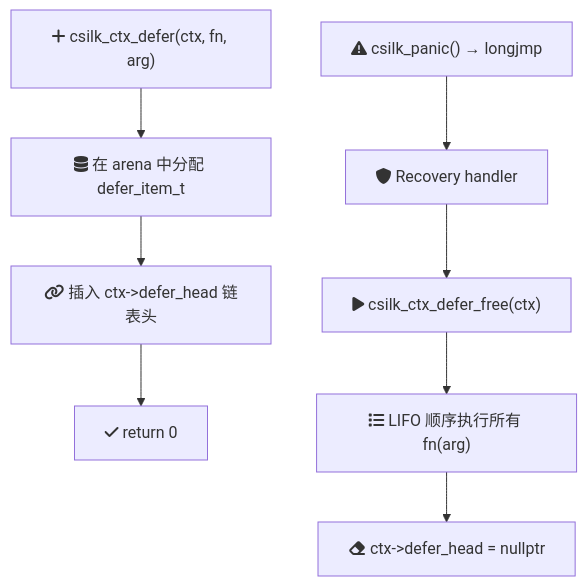
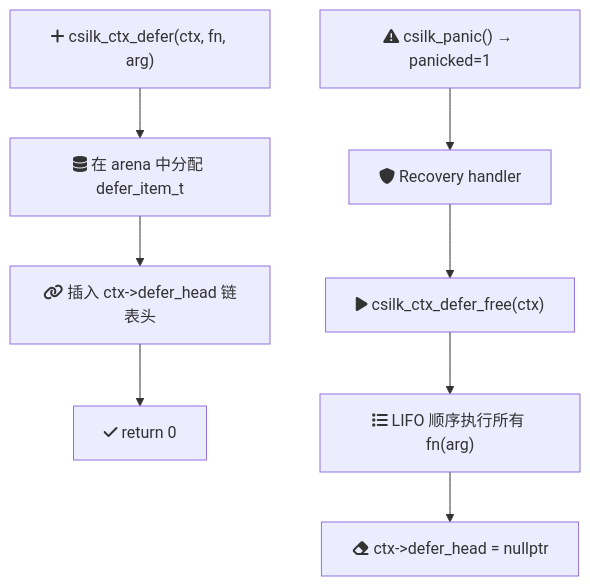
The fifth of 6 diagrams in docs/zh-CN/module-design/arena.md (quintin-lee/csilk), drawn with Mermaid before and after one commit. The commit also changed other lines of this file and 12 other files, not shown here.

Commit message:
docs: 📝 remove all stale setjmp/longjmp/jump_buffer refs, align panic model and cleanup docs with current code

````diff
--- a/docs/zh-CN/module-design/arena.md
+++ b/docs/zh-CN/module-design/arena.md
@@ -202,11 +202,11 @@
 ```mermaid
 flowchart TB
     REGISTER["fa:fa-plus csilk_ctx_defer(ctx, fn, arg)"] --> ALLOC["fa:fa-database 在 arena 中分配 defer_item_t"]
     ALLOC --> LINK["fa:fa-link 插入 ctx->defer_head 链表头"]
     LINK --> DONE["fa:fa-check return 0"]
 
-    PANIC["fa:fa-exclamation-triangle csilk_panic() → longjmp"] --> RECOVERY["fa:fa-shield Recovery handler"]
+    PANIC["fa:fa-exclamation-triangle csilk_panic() → panicked=1"] --> RECOVERY["fa:fa-shield Recovery handler"]
     RECOVERY --> EXEC["fa:fa-play csilk_ctx_defer_free(ctx)"]
     EXEC --> LIFO["fa:fa-list LIFO 顺序执行所有 fn(arg)"]
     LIFO --> CLEAR["fa:fa-eraser ctx->defer_head = nullptr"]
 ```
````
